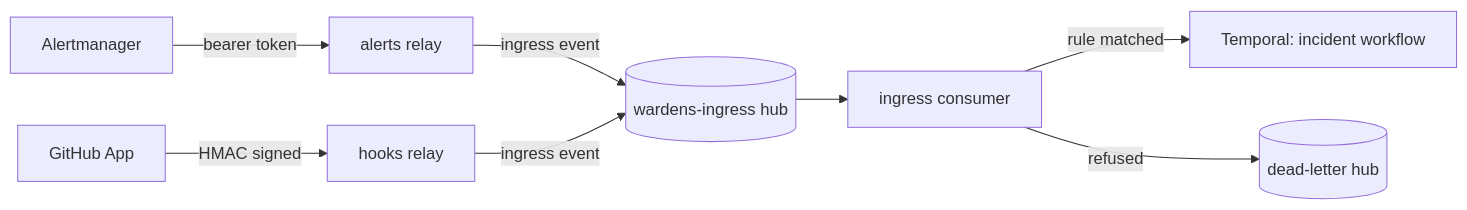
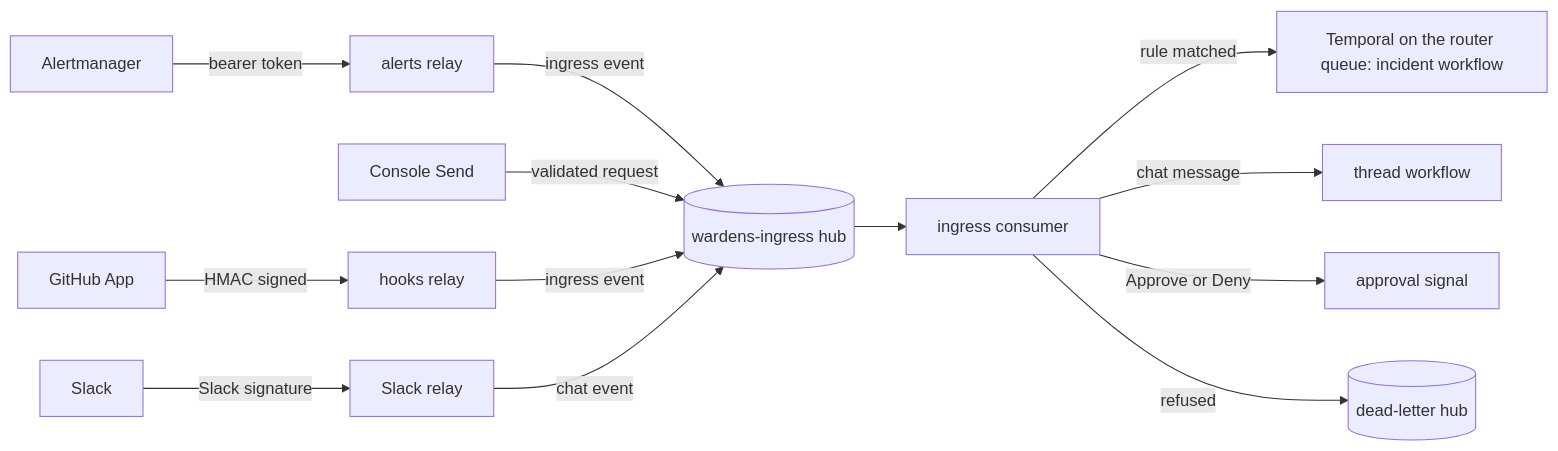
One commit to cloudutsukpilot/sakharams.github.io changed the diagram in _posts/projects/platform-wardens/2026-11-09-07-data-and-integration.md. Above: the diagram before and after it, drawn with Mermaid. The commit also changed other lines of this file and 23 other files, not shown here.

````diff
--- a/_posts/projects/platform-wardens/2026-11-09-07-data-and-integration.md
+++ b/_posts/projects/platform-wardens/2026-11-09-07-data-and-integration.md
@@ -115,10 +155,15 @@
 ```mermaid
 flowchart LR
     AM[Alertmanager] -->|bearer token| R1[alerts relay]
     GH[GitHub App] -->|HMAC signed| R2[hooks relay]
+    SL[Slack] -->|Slack signature| R3[Slack relay]
     R1 -->|ingress event| HUB[(wardens-ingress hub)]
+    CO[Console Send] -->|validated request| HUB
     R2 -->|ingress event| HUB
+    R3 -->|chat event| HUB
     HUB --> C[ingress consumer]
-    C -->|rule matched| T[Temporal: incident workflow]
+    C -->|rule matched| T[Temporal on the router queue: incident workflow]
+    C -->|chat message| TH[thread workflow]
+    C -->|Approve or Deny| AP[approval signal]
     C -->|refused| DL[(dead-letter hub)]
 ```
````
